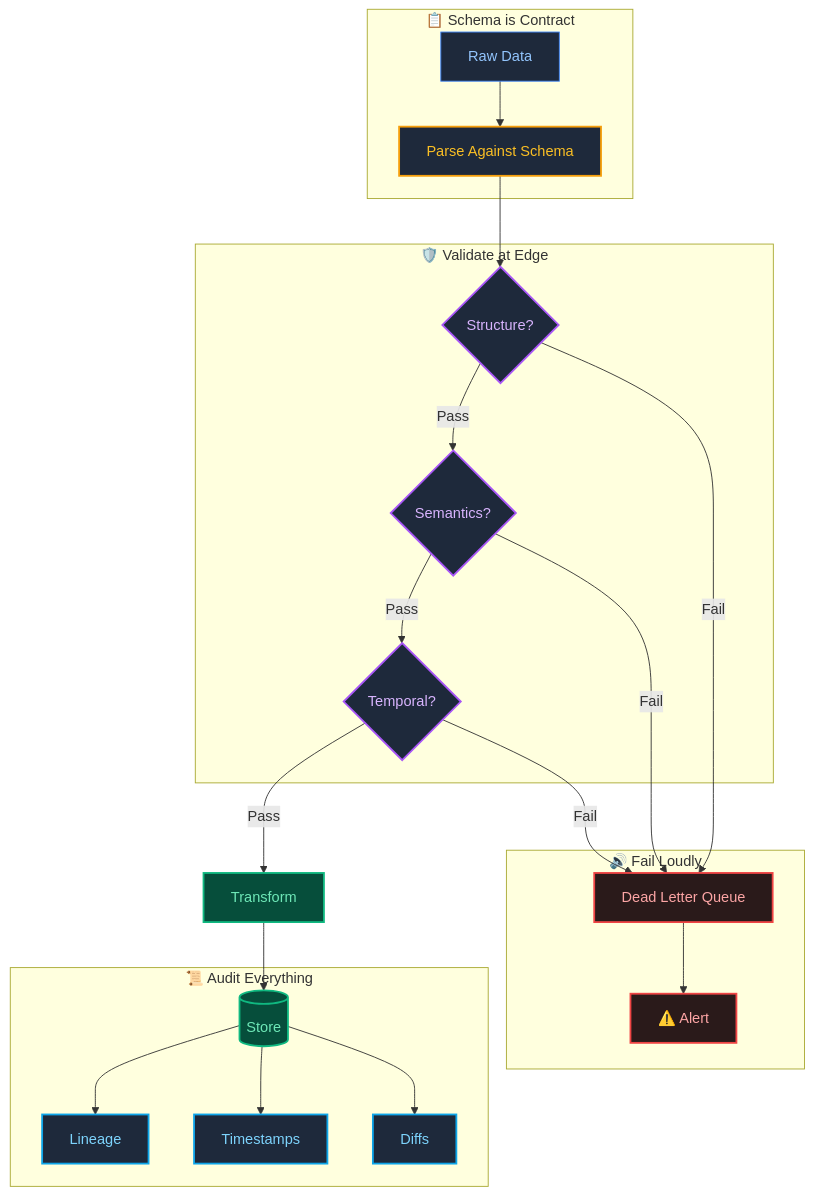
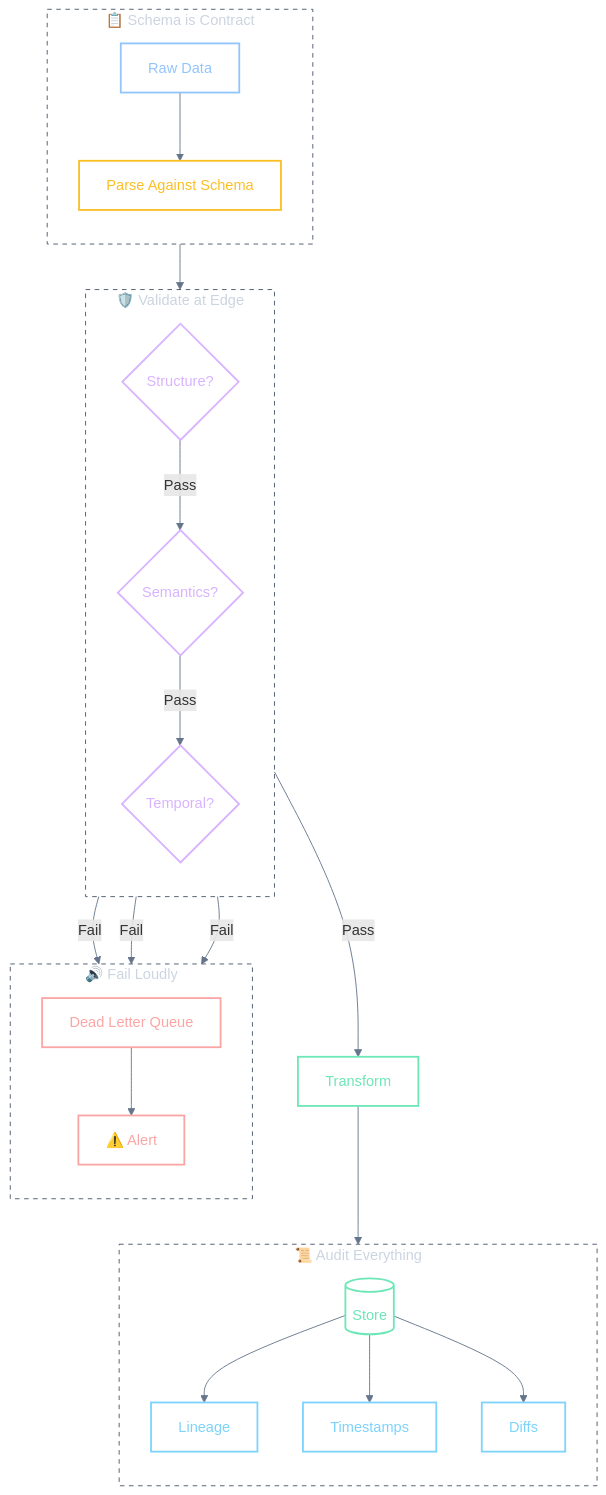
The diagram in assets/architecture.mmd (shifujosh/Market-Data-Pipeline-Ref-), drawn with Mermaid before and after one commit. The commit also changed 1 other file, not shown here.

Commit message:
style: update diagram styles for dark mode transparency

```diff
--- a/assets/architecture.mmd
+++ b/assets/architecture.mmd
@@ -1,35 +1,48 @@
 flowchart TD
-    classDef input fill:#1e293b,stroke:#3b82f6,stroke-width:1px,color:#93c5fd;
-    classDef schema fill:#1e293b,stroke:#f59e0b,stroke-width:2px,color:#fbbf24;
-    classDef validate fill:#1e293b,stroke:#a855f7,stroke-width:2px,color:#d8b4fe;
-    classDef fail fill:#2a1a1a,stroke:#ef4444,stroke-width:2px,color:#fca5a5;
-    classDef store fill:#064e3b,stroke:#10b981,stroke-width:2px,color:#6ee7b7;
-    classDef audit fill:#1e293b,stroke:#0ea5e9,stroke-width:2px,color:#7dd3fc;
+    %% Dark Mode & Transparency Styles
+    classDef input fill:none,stroke:#93c5fd,stroke-width:2px,color:#93c5fd;
+    classDef schema fill:none,stroke:#fbbf24,stroke-width:2px,color:#fbbf24;
+    classDef validate fill:none,stroke:#d8b4fe,stroke-width:2px,color:#d8b4fe;
+    classDef fail fill:none,stroke:#fca5a5,stroke-width:2px,color:#fca5a5;
+    classDef store fill:none,stroke:#6ee7b7,stroke-width:2px,color:#6ee7b7;
+    classDef audit fill:none,stroke:#7dd3fc,stroke-width:2px,color:#7dd3fc;
+    classDef subgraphStyle fill:none,stroke:#475569,stroke-width:1px,stroke-dasharray:5 5,color:#cbd5e1;
+
+    %% Apply transparent styles to links
+    linkStyle default stroke:#64748b,stroke-width:1px;
 
     Raw["Raw Data"]:::input
     
     subgraph Schema ["📋 Schema is Contract"]
+        direction TB
         Raw --> Parse["Parse Against Schema"]:::schema
     end
+    style Schema fill:none,stroke:#475569,stroke-width:1px,stroke-dasharray:5 5,color:#cbd5e1
     
     subgraph Edge ["🛡️ Validate at Edge"]
+        direction TB
         Parse --> Struct{"Structure?"}:::validate
         Struct -->|Pass| Semantic{"Semantics?"}:::validate
         Semantic -->|Pass| Temporal{"Temporal?"}:::validate
     end
+    style Edge fill:none,stroke:#475569,stroke-width:1px,stroke-dasharray:5 5,color:#cbd5e1
     
     subgraph Loud ["🔊 Fail Loudly"]
+        direction TB
         Struct -->|Fail| DLQ["Dead Letter Queue"]:::fail
         Semantic -->|Fail| DLQ
         Temporal -->|Fail| DLQ
         DLQ --> Alert["⚠️ Alert"]:::fail
     end
+    style Loud fill:none,stroke:#475569,stroke-width:1px,stroke-dasharray:5 5,color:#cbd5e1
     
     Temporal -->|Pass| Transform["Transform"]:::store
     Transform --> Store[("Store")]:::store
     
     subgraph Log ["📜 Audit Everything"]
+        direction TB
         Store --> Lineage["Lineage"]:::audit
         Store --> Timestamps["Timestamps"]:::audit
         Store --> Diffs["Diffs"]:::audit
     end
+    style Log fill:none,stroke:#475569,stroke-width:1px,stroke-dasharray:5 5,color:#cbd5e1
```
